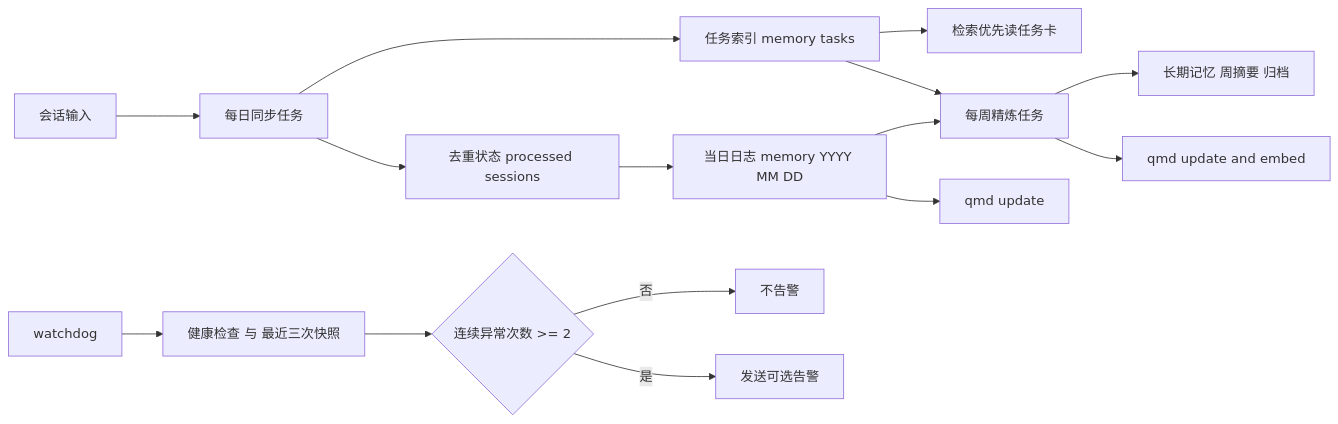
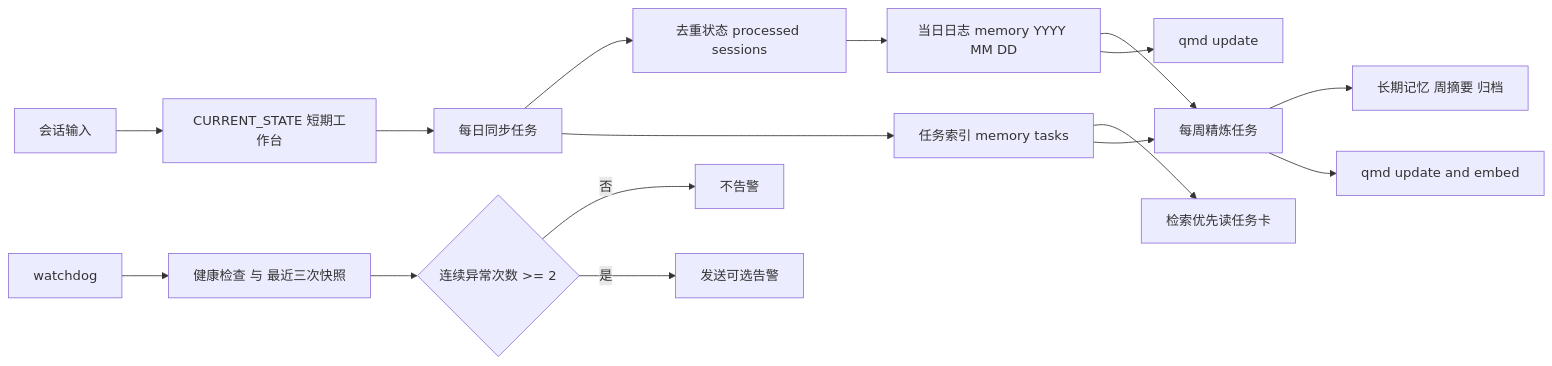
The diagram in README.zh-CN.md (carmanxin/openclaw-memory-final), drawn with Mermaid before and after one commit. The commit also changed other lines of this file and 12 other files, not shown here.

````diff
--- a/README.zh-CN.md
+++ b/README.zh-CN.md
@@ -25,17 +32,18 @@
 ```mermaid
 flowchart LR
-  S["会话输入"] --> A["每日同步任务"]
+  S["会话输入"] --> CS["CURRENT_STATE 短期工作台"]
+  CS --> A["每日同步任务"]
   A --> B["去重状态 processed sessions"]
   B --> C["当日日志 memory YYYY MM DD"]
   A --> T["任务索引 memory tasks"]
   T --> R["检索优先读任务卡"]
   C --> D["每周精炼任务"]
   T --> D
   D --> E["长期记忆 周摘要 归档"]
   C --> F["qmd update"]
   D --> G["qmd update and embed"]
   H["watchdog"] --> I["健康检查 与 最近三次快照"]
   I --> J{"连续异常次数 >= 2"}
   J -- 否 --> K["不告警"]
   J -- 是 --> L["发送可选告警"]
 ```
````
